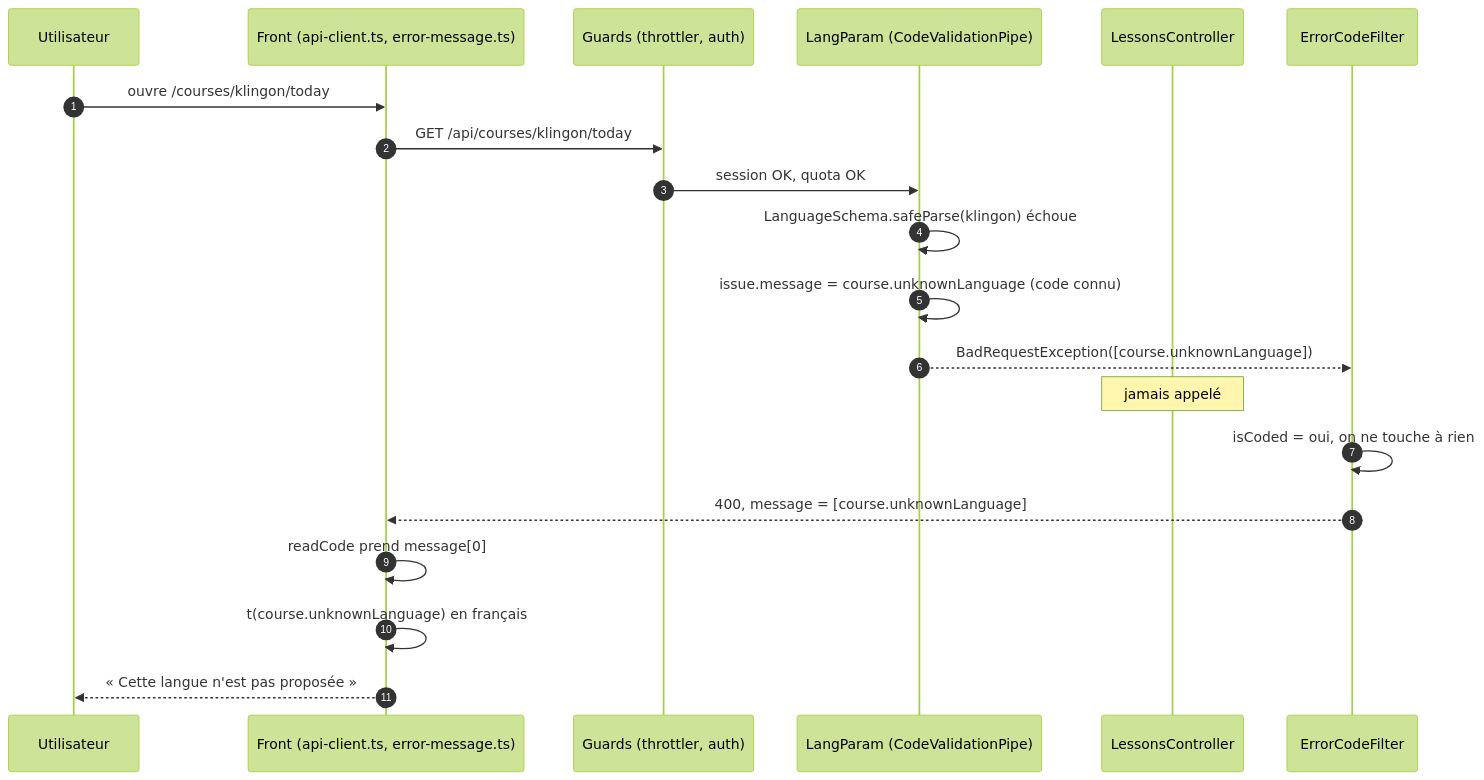
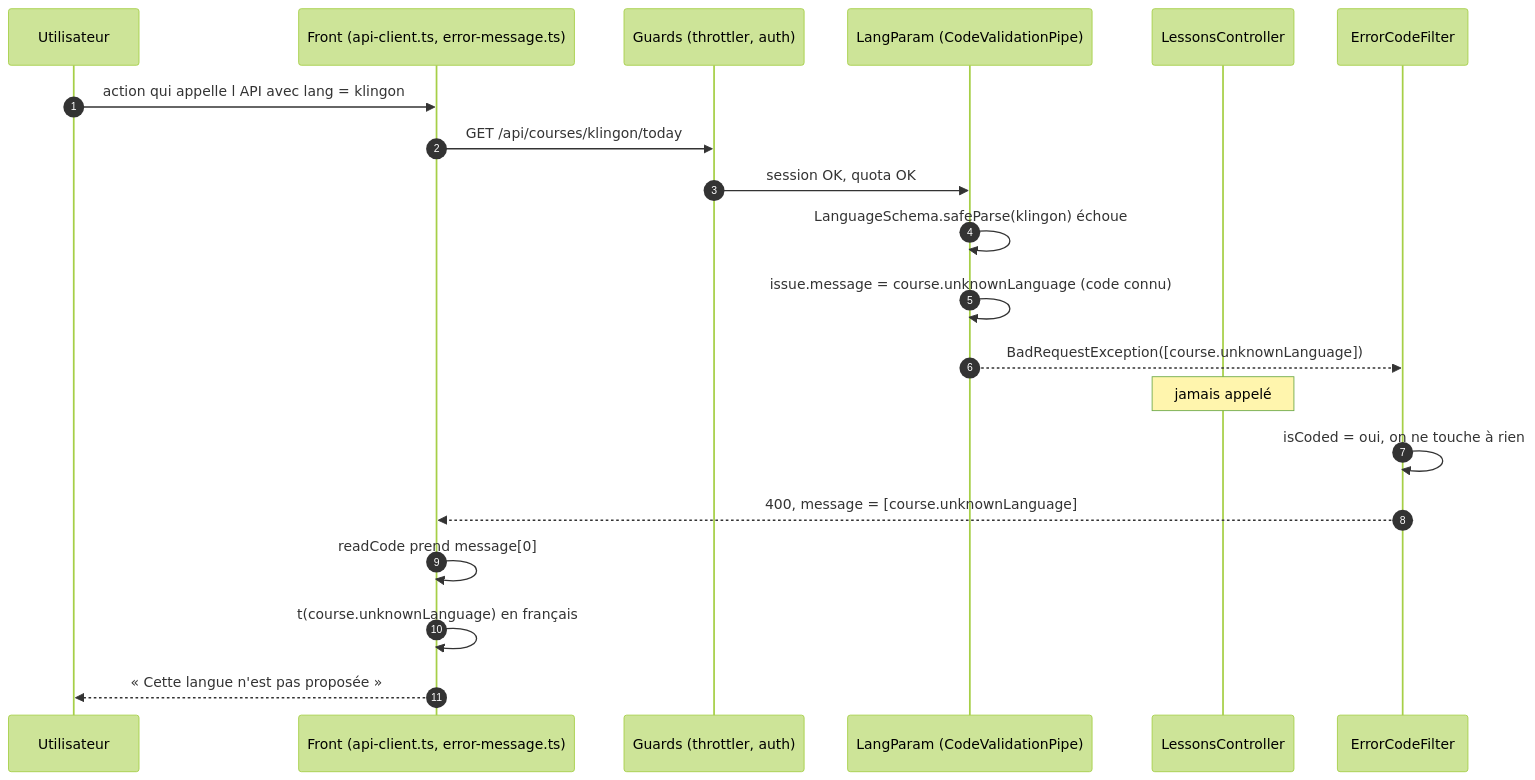
One commit to VictorBro/ft_transcendence changed the fourth of 4 diagrams in docs/transcendence-course/endrit/error-codes/README.md. Above: the diagram before and after it, drawn with Mermaid (forest theme). The commit also changed other lines of this file and 85 other files, not shown here.

````diff
--- a/docs/transcendence-course/endrit/error-codes/README.md
+++ b/docs/transcendence-course/endrit/error-codes/README.md
@@ -224,23 +248,23 @@
 ```mermaid
 sequenceDiagram
   autonumber
   participant U as Utilisateur
   participant W as Front (api-client.ts, error-message.ts)
   participant G as Guards (throttler, auth)
   participant P as LangParam (CodeValidationPipe)
   participant CT as LessonsController
   participant F as ErrorCodeFilter
 
-  U->>W: ouvre /courses/klingon/today
+  U->>W: action qui appelle l API avec lang = klingon
   W->>G: GET /api/courses/klingon/today
   G->>P: session OK, quota OK
   P->>P: LanguageSchema.safeParse(klingon) échoue
   P->>P: issue.message = course.unknownLanguage (code connu)
   P-->>F: BadRequestException([course.unknownLanguage])
   Note over CT: jamais appelé
   F->>F: isCoded = oui, on ne touche à rien
   F-->>W: 400, message = [course.unknownLanguage]
   W->>W: readCode prend message[0]
   W->>W: t(course.unknownLanguage) en français
   W-->>U: « Cette langue n'est pas proposée »
 ```
````
